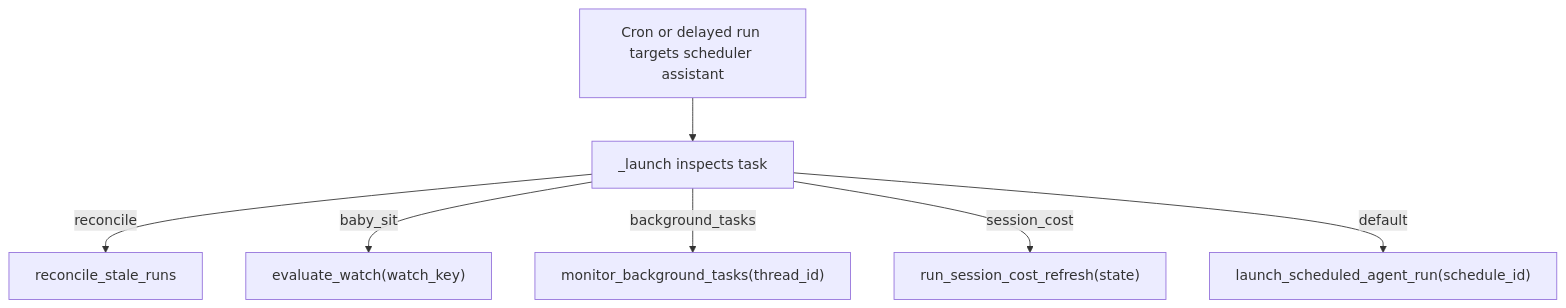
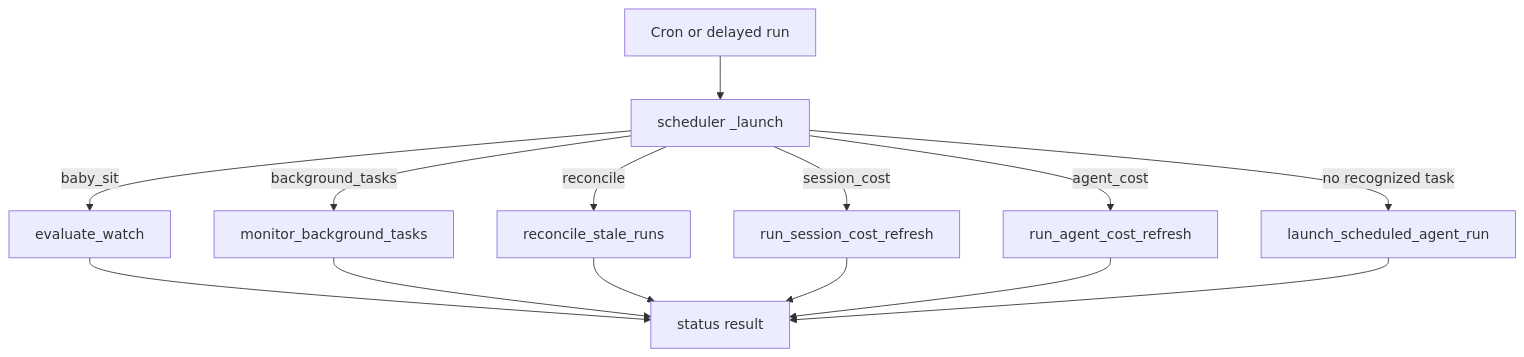
One commit to langchain-ai/open-swe changed the first of 2 diagrams in openwiki/workflows/scheduling-and-baby-sit.md. Above: the diagram before and after it, drawn with Mermaid. The commit also changed other lines of this file and 52 other files, not shown here.

````diff
--- a/openwiki/workflows/scheduling-and-baby-sit.md
+++ b/openwiki/workflows/scheduling-and-baby-sit.md
@@ -84,9 +59,16 @@
 ```mermaid
 flowchart TD
-  Tick["Cron or delayed run targets scheduler assistant"] --> Launch["_launch inspects task"]
-  Launch -->|reconcile| Rec["reconcile_stale_runs"]
-  Launch -->|baby_sit| Baby["evaluate_watch(watch_key)"]
-  Launch -->|background_tasks| Bg["monitor_background_tasks(thread_id)"]
-  Launch -->|session_cost| Cost["run_session_cost_refresh(state)"]
-  Launch -->|default| Sched["launch_scheduled_agent_run(schedule_id)"]
+  Tick["Cron or delayed run"] --> Launch["scheduler _launch"]
+  Launch -->|reconcile| Reconcile["reconcile_stale_runs"]
+  Launch -->|baby_sit| Watch["evaluate_watch"]
+  Launch -->|background_tasks| Background["monitor_background_tasks"]
+  Launch -->|session_cost| SessionCost["run_session_cost_refresh"]
+  Launch -->|agent_cost| AgentCost["run_agent_cost_refresh"]
+  Launch -->|no recognized task| Schedule["launch_scheduled_agent_run"]
+  Watch --> Outcome["status result"]
+  Background --> Outcome
+  Reconcile --> Outcome
+  SessionCost --> Outcome
+  AgentCost --> Outcome
+  Schedule --> Outcome
 ```
````
